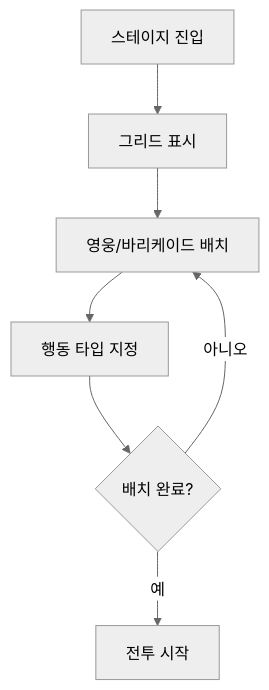
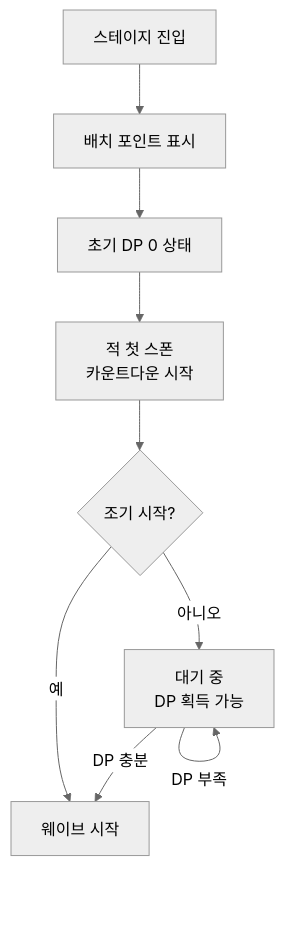
The second of 3 diagrams in 시스템/스테이지 시스템.md (Bo-sung/FantasyDeffence_Docs), drawn with Mermaid (neutral theme) before and after one commit. The commit also changed other lines of this file and 2 other files, not shown here.

````diff
--- a/시스템/스테이지 시스템.md
+++ b/시스템/스테이지 시스템.md
@@ -85,9 +125,11 @@
 ```mermaid
 flowchart TD
-    A[스테이지 진입] --> B[그리드 표시]
-    B --> C[영웅/바리케이드 배치]
-    C --> D[행동 타입 지정]
-    D --> E{배치 완료?}
-    E -->|아니오| C
-    E -->|예| F[전투 시작]
+    A[스테이지 진입] --> B[배치 포인트 표시]
+    B --> C[초기 DP 0 상태]
+    C --> D["적 첫 스폰<br/>카운트다운 시작"]
+    D --> E{"조기 시작?"}
+    E -->|아니오| F["대기 중<br/>DP 획득 가능"]
+    E -->|예| G[웨이브 시작]
+    F -->|DP 부족| F
+    F -->|DP 충분| G
 ```
````
